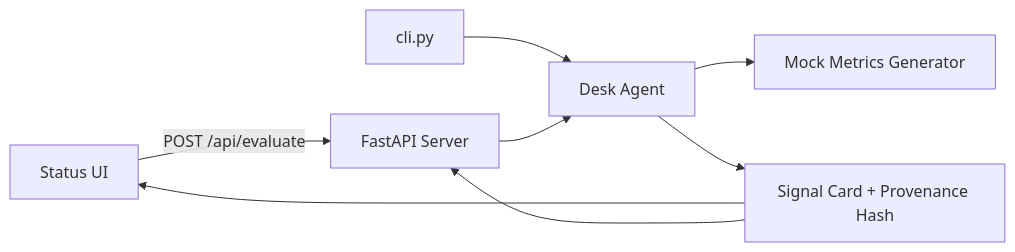
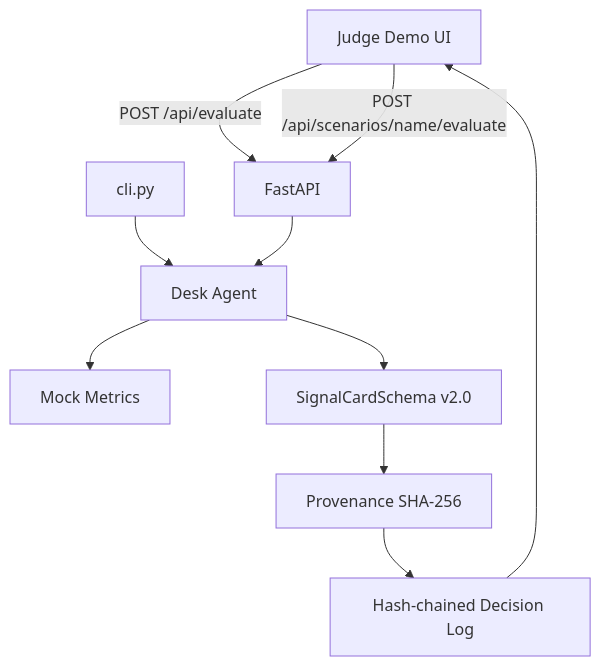
One commit to Alarm2024/metropolis-desk-sentinel changed the diagram in ARCHITECTURE.md. Above: the diagram before and after it, drawn with Mermaid. The commit also changed other lines of this file and 25 other files, not shown here.

First line of the commit message:
Polish for Metropolis: typed schema v2.0, trust invariants, judge UI

````diff
--- a/ARCHITECTURE.md
+++ b/ARCHITECTURE.md
@@ -13,10 +15,12 @@
 ```mermaid
-flowchart LR
-  UI[Status UI] -->|POST /api/evaluate| API[FastAPI Server]
+flowchart TB
+  UI[Judge Demo UI] -->|POST /api/evaluate| API[FastAPI]
+  UI -->|POST /api/scenarios/name/evaluate| API
   CLI[cli.py] --> Agent[Desk Agent]
   API --> Agent
-  Agent --> Metrics[Mock Metrics Generator]
-  Agent --> Card[Signal Card + Provenance Hash]
-  Card --> UI
-  Card --> API
+  Agent --> Metrics[Mock Metrics]
+  Agent --> Schema[SignalCardSchema v2.0]
+  Schema --> Prov[Provenance SHA-256]
+  Prov --> Log[Hash-chained Decision Log]
+  Log --> UI
 ```
````
